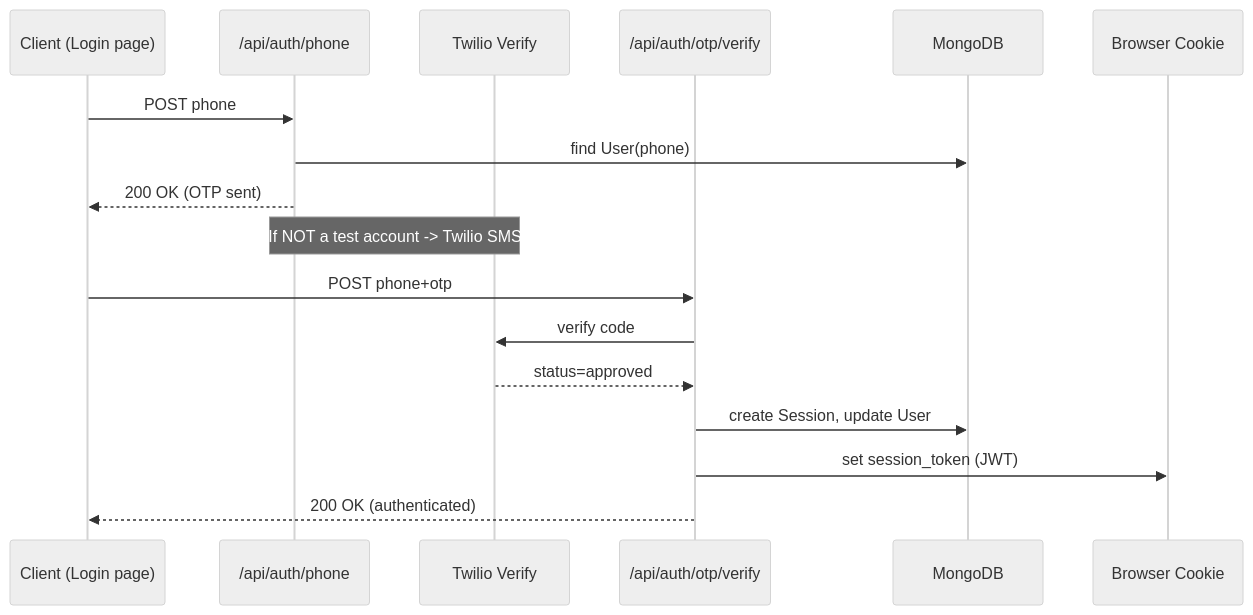
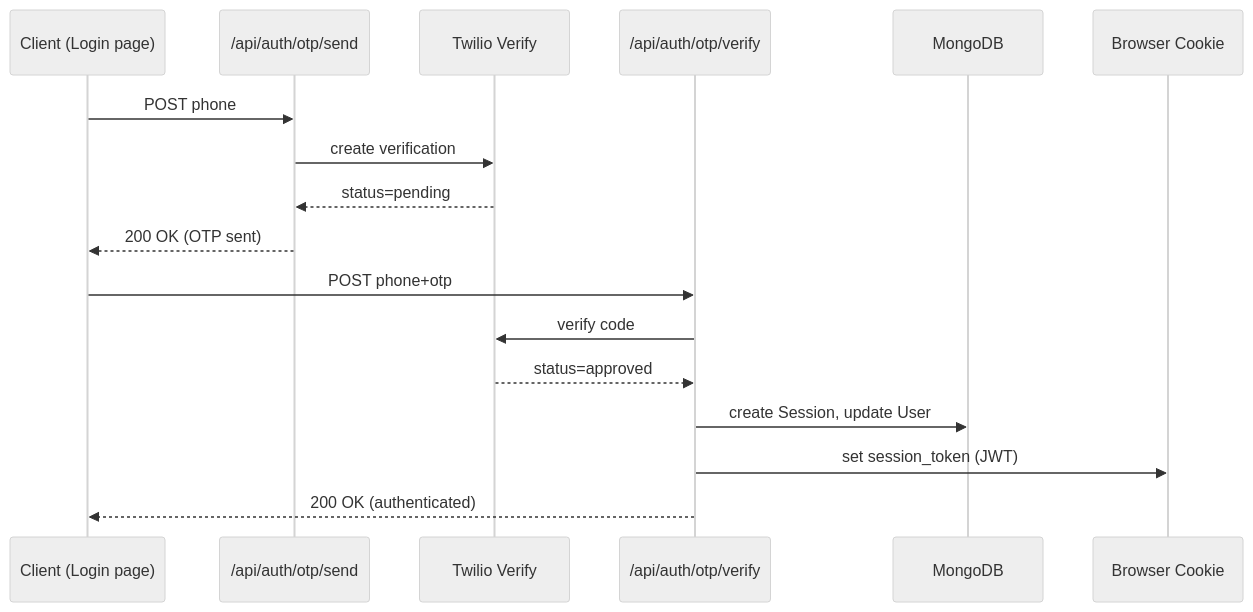
One commit to frankybananas/MCinv02 changed the diagram in docs/authentication.md. Above: the diagram before and after it, drawn with Mermaid (neutral theme). The commit also changed other lines of this file and 19 other files, not shown here.

````diff
--- a/docs/authentication.md
+++ b/docs/authentication.md
@@ -20,21 +20,21 @@
 ```mermaid
 sequenceDiagram
   participant C as Client (Login page)
-  participant API as /api/auth/phone
+  participant API as /api/auth/otp/send
   participant Twilio as Twilio Verify
   participant V as /api/auth/otp/verify
   participant DB as MongoDB
   participant B as Browser Cookie
 
   C->>API: POST phone
-  API->>DB: find User(phone)
+  API->>Twilio: create verification
+  Twilio-->>API: status=pending
   API-->>C: 200 OK (OTP sent)
-  Note over Twilio,API:   If NOT a test account -> Twilio SMS
 
   C->>V: POST phone+otp
   V->>Twilio: verify code
   Twilio-->>V: status=approved
   V->>DB: create Session, update User
   V->>B: set session_token (JWT)
   V-->>C: 200 OK (authenticated)
 ```
````
